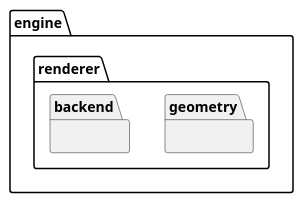
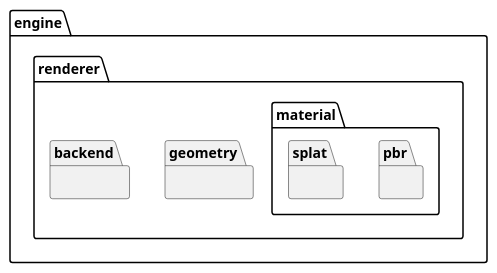
One commit to McNopper/Playground changed the diagram in docs/diagrams/packages/package_engine_renderer.puml. Above: the diagram before and after it, drawn with PlantUML. The commit also changed 6 other files, not shown here.

```diff
--- a/docs/diagrams/packages/package_engine_renderer.puml
+++ b/docs/diagrams/packages/package_engine_renderer.puml
@@ -1,15 +1,20 @@
 @startuml Package engine.renderer
 
 package engine {
 
   package renderer {
 
     package geometry {}
 
+    package material {
+      package pbr {}
+      package splat {}
+    }
+
     package backend {}
 
   }
 
 }
 
 @enduml
```
